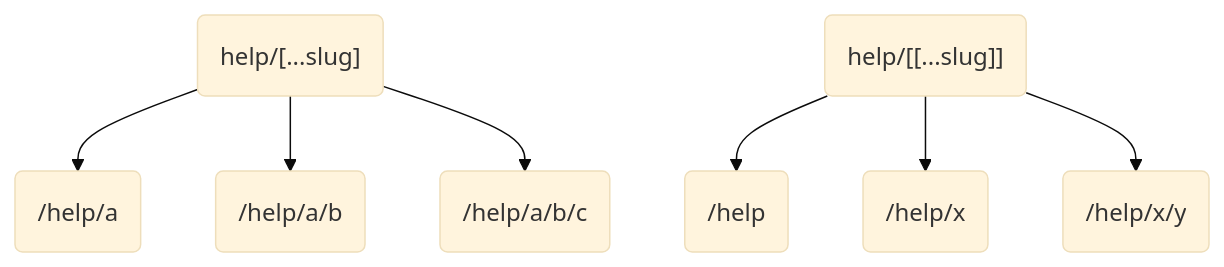
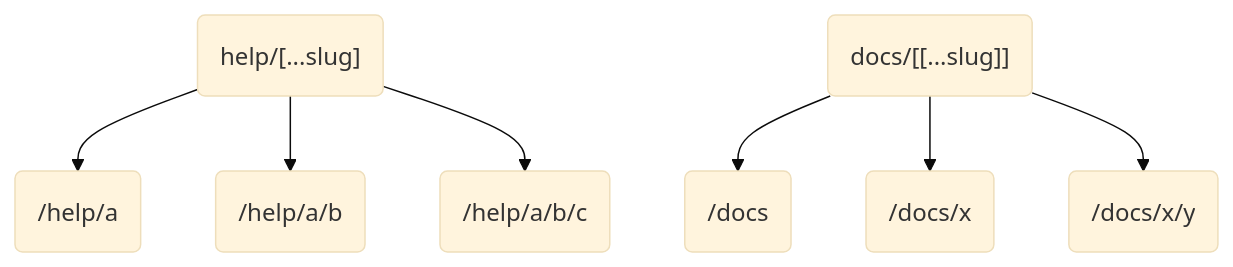
Before and after one commit to princesshu/nextjs-routing-showcase: the third of 9 diagrams in README.md, drawn with Mermaid (base theme). The commit also changed other lines of this file and 45 other files, not shown here.

````diff
--- a/README.md
+++ b/README.md
@@ -228,9 +260,9 @@
 ```mermaid
 graph TD
     A("help/[...slug]") --> B(/help/a)
     A --> C(/help/a/b)
     A --> D(/help/a/b/c)
-    E("help/[[...slug]]") --> F(/help)
-    E --> G(/help/x)
-    E --> H(/help/x/y)
+    E("docs/[[...slug]]") --> F(/docs)
+    E --> G(/docs/x)
+    E --> H(/docs/x/y)
 ```
````
